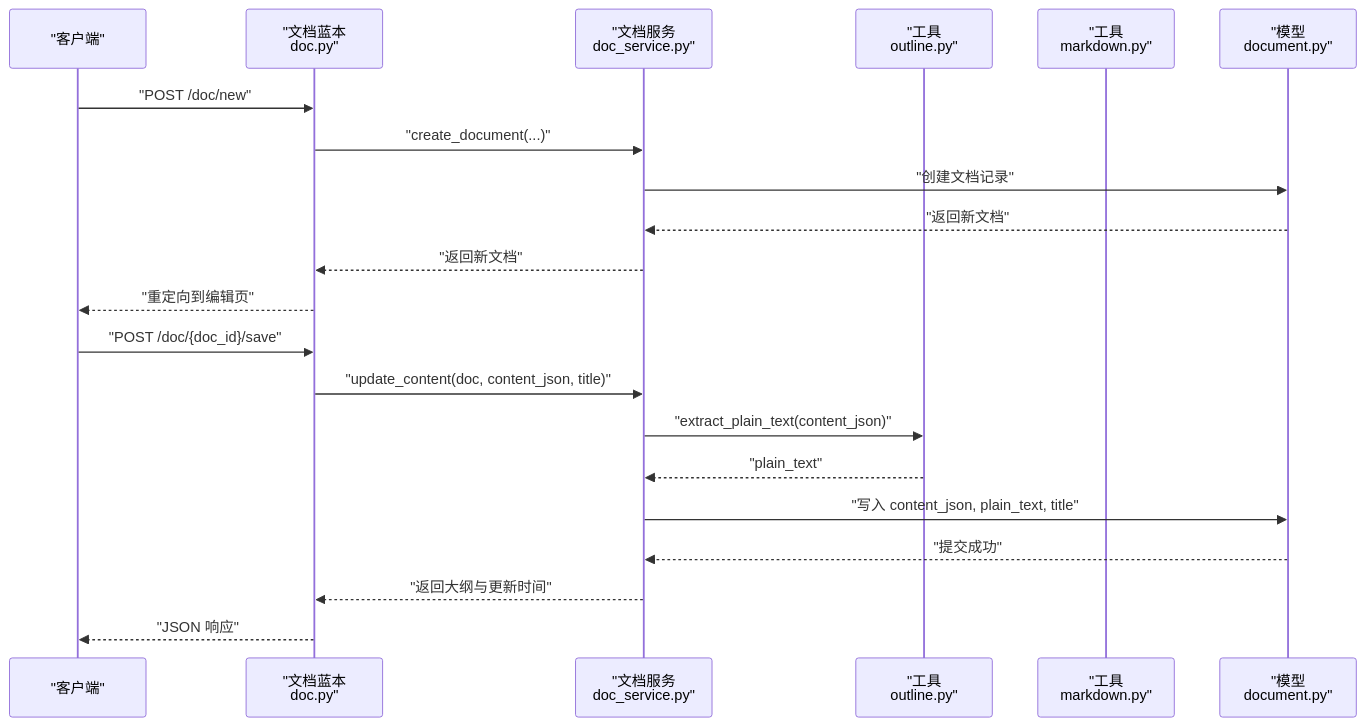
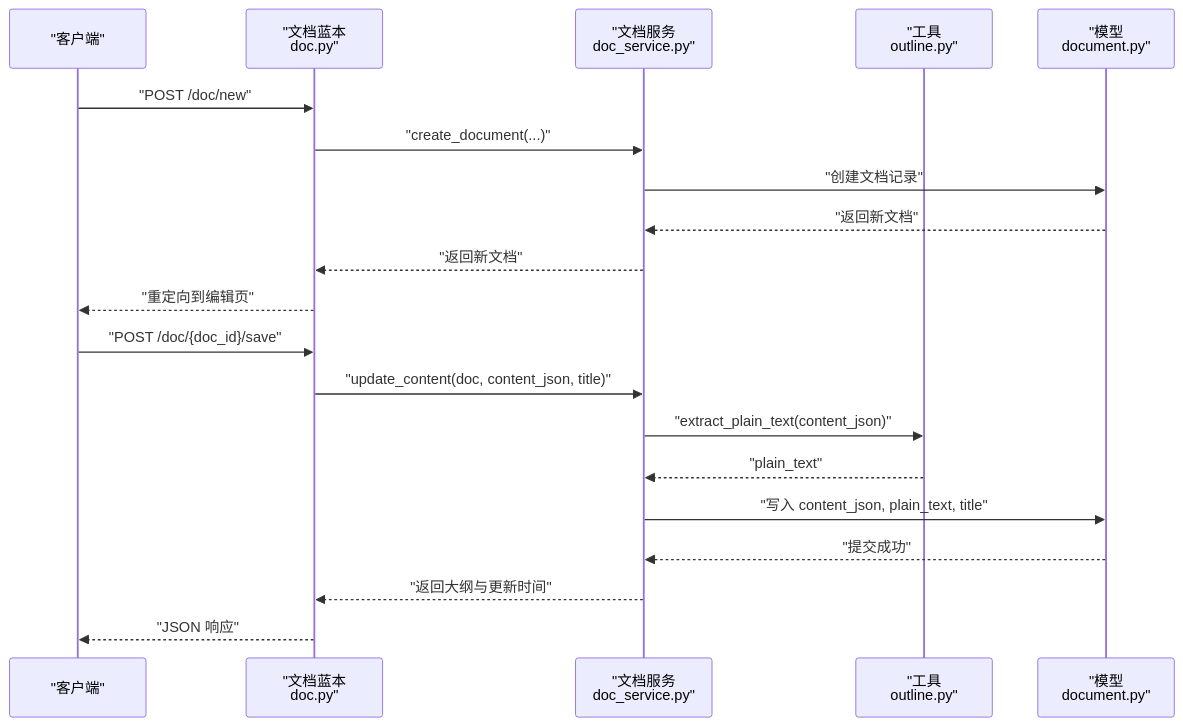
Before and after one commit to beyondalbert/my_wiki: the second of 8 diagrams in .qoder/repowiki/zh/content/架构设计/服务层架构/文档管理服务.md, drawn with Mermaid. The commit also changed other lines of this file and 3 other files, not shown here.

````diff
--- a/.qoder/repowiki/zh/content/架构设计/服务层架构/文档管理服务.md
+++ b/.qoder/repowiki/zh/content/架构设计/服务层架构/文档管理服务.md
@@ -126,23 +136,22 @@
 ```mermaid
 sequenceDiagram
 participant C as "客户端"
 participant D as "文档蓝本<br/>doc.py"
 participant S as "文档服务<br/>doc_service.py"
 participant O as "工具<br/>outline.py"
-participant MD as "工具<br/>markdown.py"
 participant M as "模型<br/>document.py"
 C->>D : "POST /doc/new"
 D->>S : "create_document(...)"
 S->>M : "创建文档记录"
 M-->>S : "返回新文档"
 S-->>D : "返回新文档"
 D-->>C : "重定向到编辑页"
 C->>D : "POST /doc/{doc_id}/save"
 D->>S : "update_content(doc, content_json, title)"
 S->>O : "extract_plain_text(content_json)"
 O-->>S : "plain_text"
 S->>M : "写入 content_json, plain_text, title"
 M-->>S : "提交成功"
 S-->>D : "返回大纲与更新时间"
 D-->>C : "JSON 响应"
 ```
````
